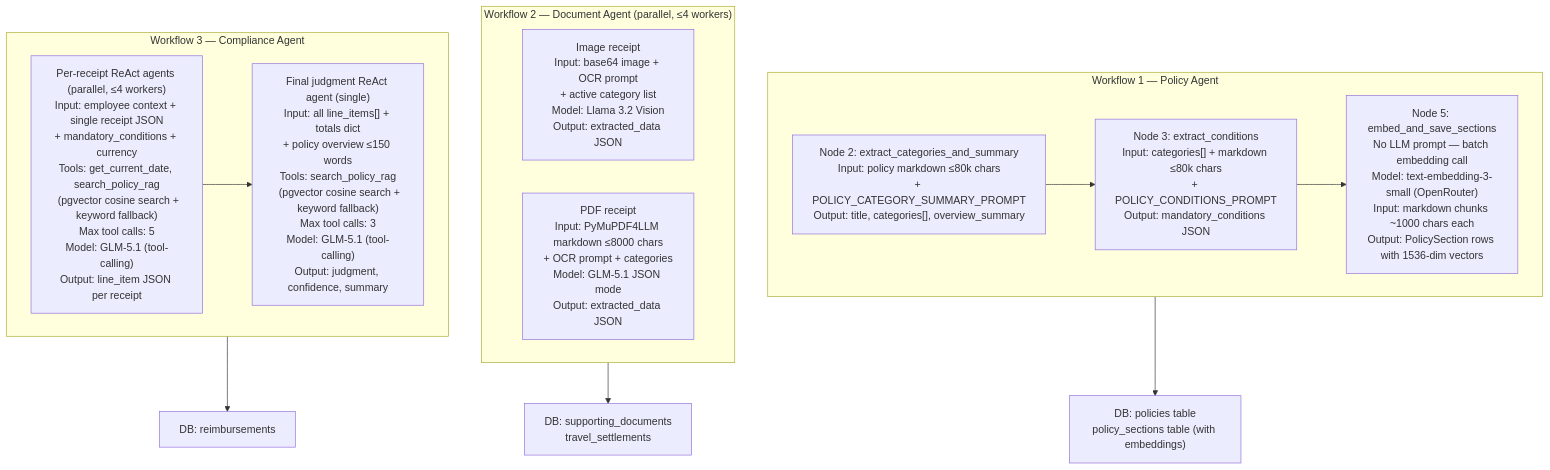
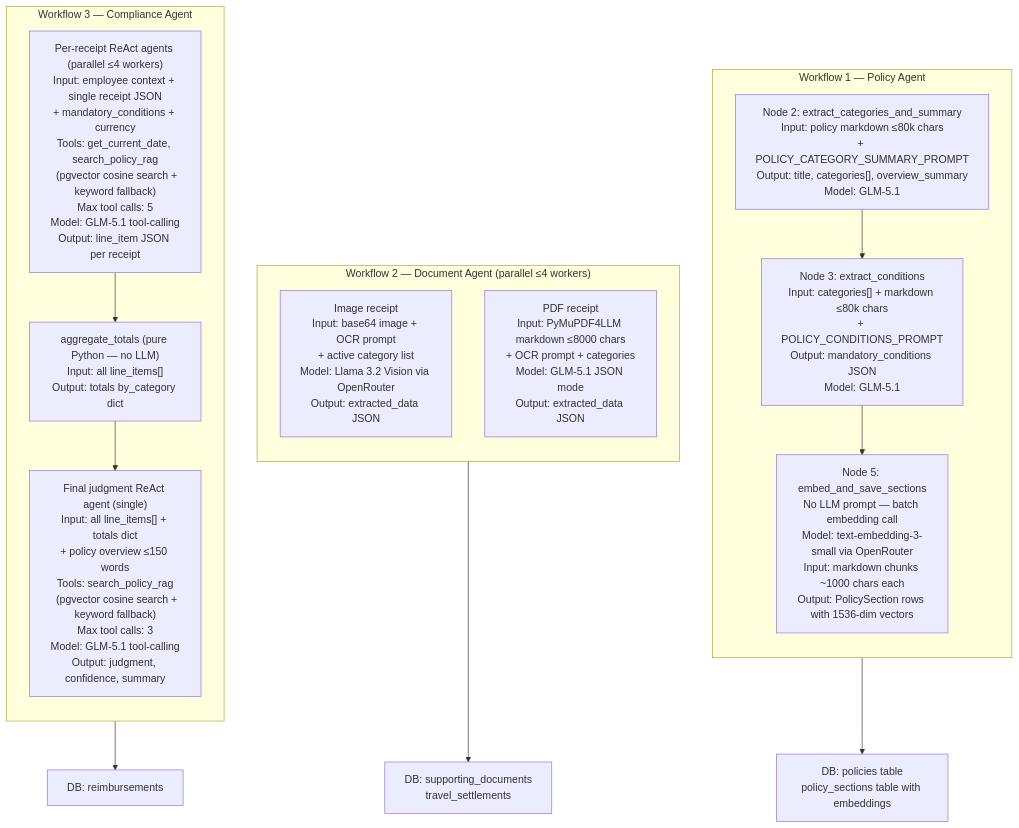
One commit to michaelzhngg/PayPal changed the second of 6 diagrams in docs/ai-templates/sad/SAD_Mermaid_Diagram.md. Above: the diagram before and after it, drawn with Mermaid. The commit also changed other lines of this file and 1 other file, not shown here.

Commit message:
docs: SAD diagram update

````diff
--- a/docs/ai-templates/sad/SAD_Mermaid_Diagram.md
+++ b/docs/ai-templates/sad/SAD_Mermaid_Diagram.md
@@ -64,24 +52,30 @@
 ```mermaid
 flowchart TD
     subgraph W1["Workflow 1 — Policy Agent"]
-        N2["Node 2: extract_categories_and_summary\nInput: policy markdown ≤80k chars\n+ POLICY_CATEGORY_SUMMARY_PROMPT\nOutput: title, categories[], overview_summary"]
-        N3["Node 3: extract_conditions\nInput: categories[] + markdown ≤80k chars\n+ POLICY_CONDITIONS_PROMPT\nOutput: mandatory_conditions JSON"]
-        N5["Node 5: embed_and_save_sections\nNo LLM prompt — batch embedding call\nModel: text-embedding-3-small (OpenRouter)\nInput: markdown chunks ~1000 chars each\nOutput: PolicySection rows with 1536-dim vectors"]
-        N2 --> N3 --> N5
+        direction TB
+        N2["Node 2: extract_categories_and_summary\nInput: policy markdown ≤80k chars\n+ POLICY_CATEGORY_SUMMARY_PROMPT\nOutput: title, categories[], overview_summary\nModel: GLM-5.1"]
+        N3["Node 3: extract_conditions\nInput: categories[] + markdown ≤80k chars\n+ POLICY_CONDITIONS_PROMPT\nOutput: mandatory_conditions JSON\nModel: GLM-5.1"]
+        N5["Node 5: embed_and_save_sections\nNo LLM prompt — batch embedding call\nModel: text-embedding-3-small via OpenRouter\nInput: markdown chunks ~1000 chars each\nOutput: PolicySection rows with 1536-dim vectors"]
+        N2 --> N3
+        N3 --> N5
     end
 
-    subgraph W2["Workflow 2 — Document Agent (parallel, ≤4 workers)"]
-        IMG["Image receipt\nInput: base64 image + OCR prompt\n+ active category list\nModel: Llama 3.2 Vision\nOutput: extracted_data JSON"]
+    subgraph W2["Workflow 2 — Document Agent (parallel ≤4 workers)"]
+        direction TB
+        IMG["Image receipt\nInput: base64 image + OCR prompt\n+ active category list\nModel: Llama 3.2 Vision via OpenRouter\nOutput: extracted_data JSON"]
         PDF["PDF receipt\nInput: PyMuPDF4LLM markdown ≤8000 chars\n+ OCR prompt + categories\nModel: GLM-5.1 JSON mode\nOutput: extracted_data JSON"]
     end
 
     subgraph W3["Workflow 3 — Compliance Agent"]
-        PER["Per-receipt ReAct agents (parallel, ≤4 workers)\nInput: employee context + single receipt JSON\n+ mandatory_conditions + currency\nTools: get_current_date, search_policy_rag\n  (pgvector cosine search + keyword fallback)\nMax tool calls: 5\nModel: GLM-5.1 (tool-calling)\nOutput: line_item JSON per receipt"]
-        FINAL["Final judgment ReAct agent (single)\nInput: all line_items[] + totals dict\n+ policy overview ≤150 words\nTools: search_policy_rag\n  (pgvector cosine search + keyword fallback)\nMax tool calls: 3\nModel: GLM-5.1 (tool-calling)\nOutput: judgment, confidence, summary"]
-        PER --> FINAL
+        direction TB
+        PER["Per-receipt ReAct agents (parallel ≤4 workers)\nInput: employee context + single receipt JSON\n+ mandatory_conditions + currency\nTools: get_current_date, search_policy_rag\n  (pgvector cosine search + keyword fallback)\nMax tool calls: 5\nModel: GLM-5.1 tool-calling\nOutput: line_item JSON per receipt"]
+        AGG["aggregate_totals (pure Python — no LLM)\nInput: all line_items[]\nOutput: totals by_category dict"]
+        FINAL["Final judgment ReAct agent (single)\nInput: all line_items[] + totals dict\n+ policy overview ≤150 words\nTools: search_policy_rag\n  (pgvector cosine search + keyword fallback)\nMax tool calls: 3\nModel: GLM-5.1 tool-calling\nOutput: judgment, confidence, summary"]
+        PER --> AGG
+        AGG --> FINAL
     end
 
-    W1 --> DB1["DB: policies table\npolicy_sections table (with embeddings)"]
+    W1 --> DB1["DB: policies table\npolicy_sections table with embeddings"]
     W2 --> DB2["DB: supporting_documents\ntravel_settlements"]
     W3 --> DB3["DB: reimbursements"]
 ```
````
